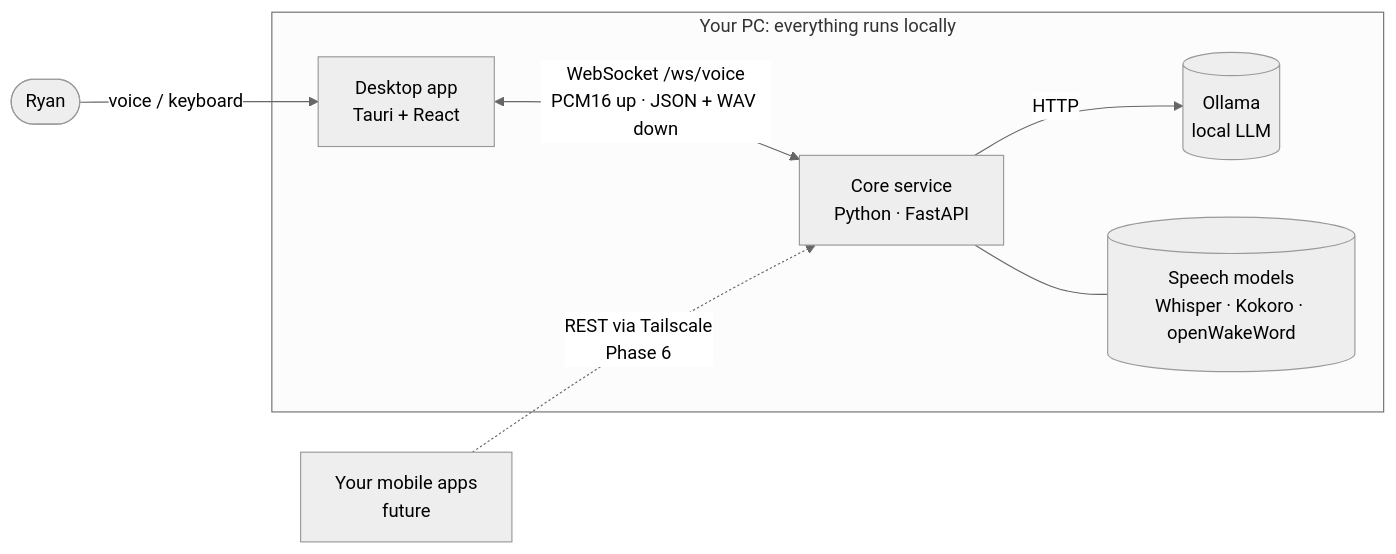
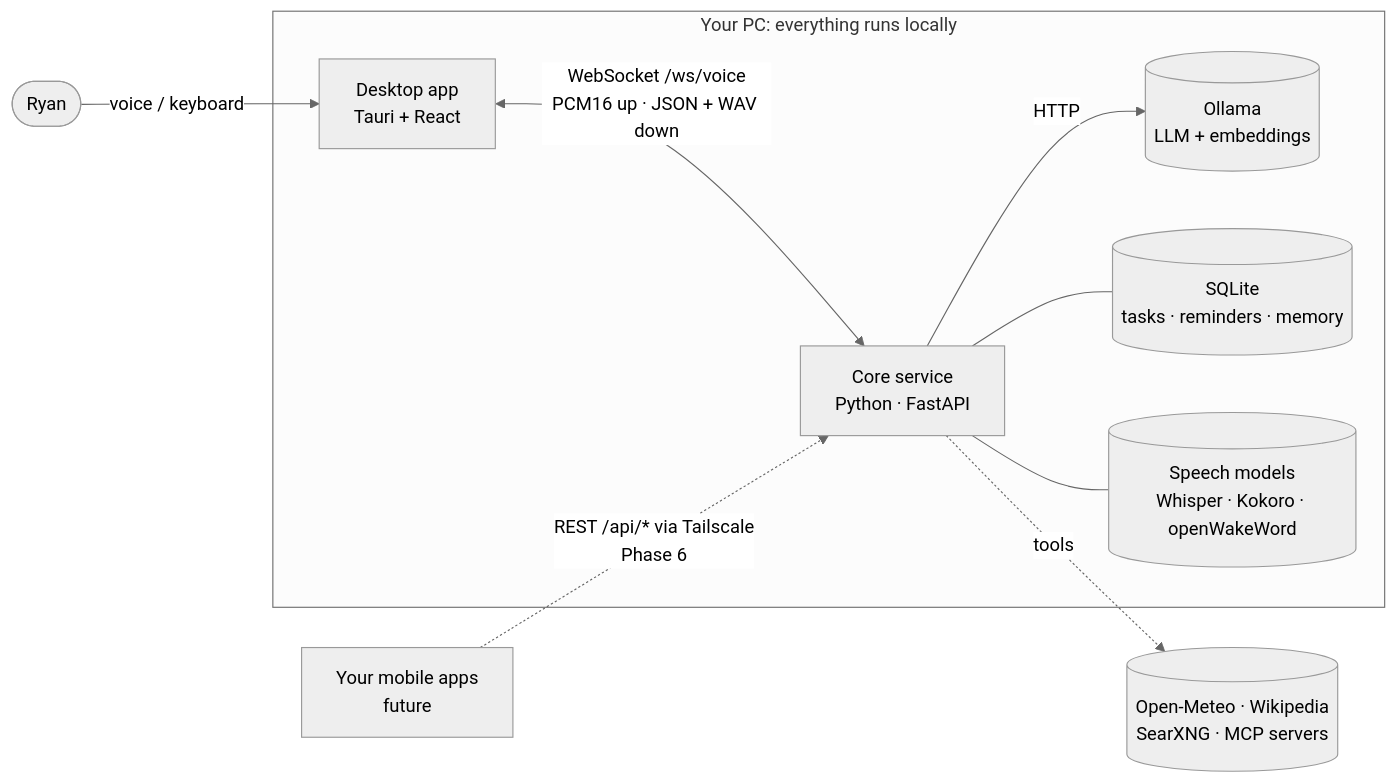
One commit to acn-ryanpacot/aidashboard changed the first of 2 diagrams in docs/architecture/overview.md. Above: the diagram before and after it, drawn with Mermaid (neutral theme). The commit also changed other lines of this file and 100 other files, not shown here.

````diff
--- a/docs/architecture/overview.md
+++ b/docs/architecture/overview.md
@@ -5,14 +5,18 @@
 ```mermaid
 flowchart LR
     user([Ryan]) -- voice / keyboard --> desktop
     subgraph machine [Your PC: everything runs locally]
         desktop[Desktop app<br/>Tauri + React]
         core[Core service<br/>Python · FastAPI]
-        ollama[(Ollama<br/>local LLM)]
+        ollama[(Ollama<br/>LLM + embeddings)]
+        db[(SQLite<br/>tasks · reminders · memory)]
         models[(Speech models<br/>Whisper · Kokoro · openWakeWord)]
         desktop <-- "WebSocket /ws/voice<br/>PCM16 up · JSON + WAV down" --> core
         core -- HTTP --> ollama
         core --- models
+        core --- db
     end
-    mobile[Your mobile apps<br/>future] -. "REST via Tailscale<br/>Phase 6" .-> core
+    web[(Open-Meteo · Wikipedia<br/>SearXNG · MCP servers)]
+    core -. tools .-> web
+    mobile[Your mobile apps<br/>future] -. "REST /api/* via Tailscale<br/>Phase 6" .-> core
 ```
````
